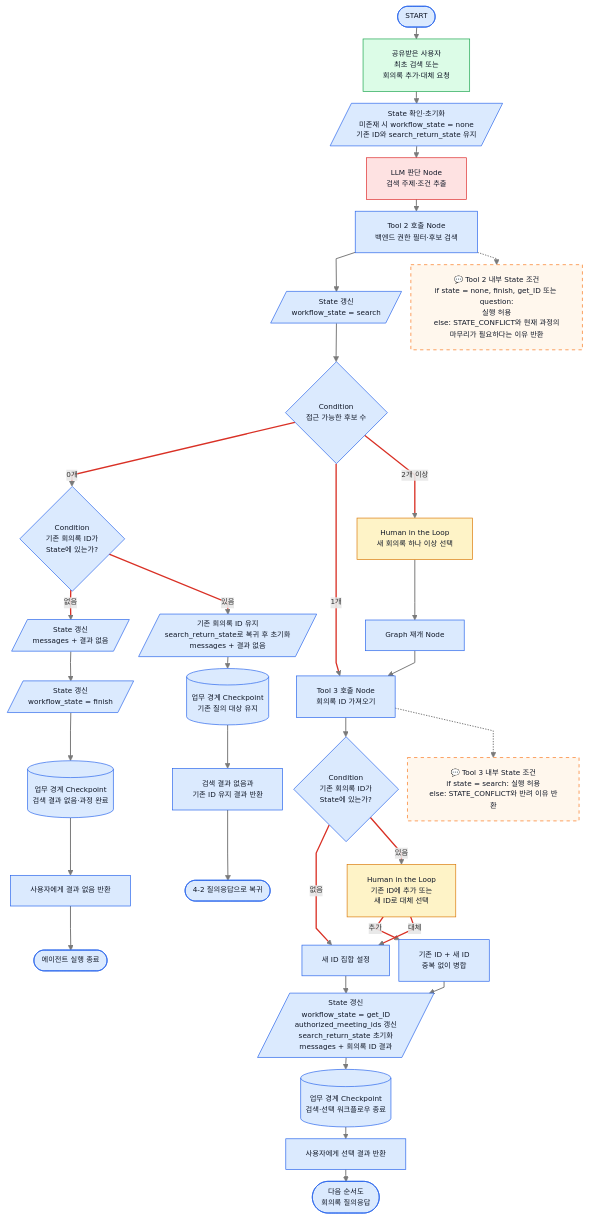
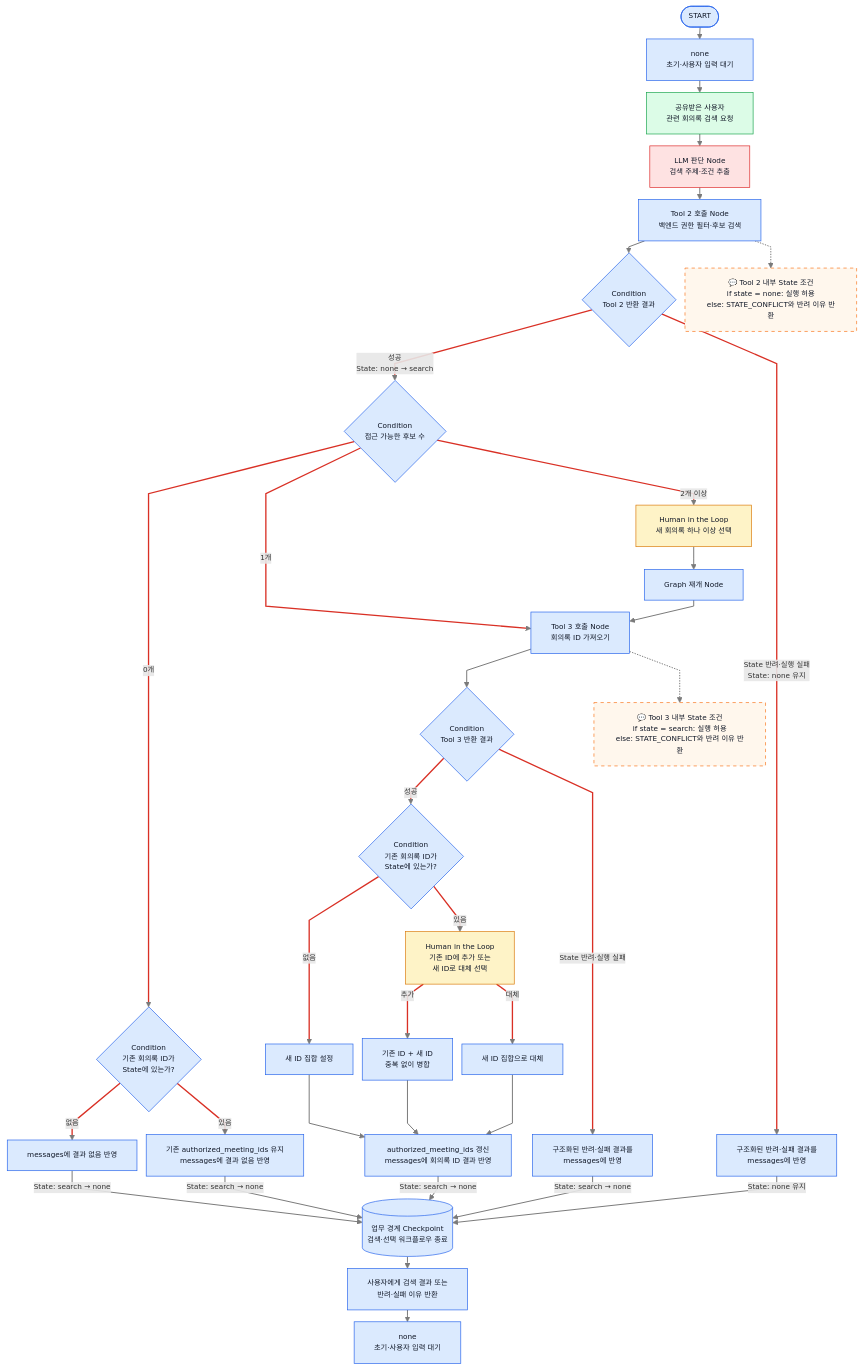
Before and after one commit to ericyum/Obsidian: the tenth of 11 diagrams in ZENAI/에이전트 설계/회의록 에이전트 설계/1. 회의록 에이전트 워크플로우 graph 정의.md, drawn with Mermaid. The commit also changed other lines of this file and 6 other files, not shown here.

````diff
--- a/ZENAI/에이전트 설계/회의록 에이전트 설계/1. 회의록 에이전트 워크플로우 graph 정의.md
+++ b/ZENAI/에이전트 설계/회의록 에이전트 설계/1. 회의록 에이전트 워크플로우 graph 정의.md
@@ -348,48 +444,49 @@
 ```mermaid
 %%{init: {"flowchart": {"useMaxWidth": true, "nodeSpacing": 14, "rankSpacing": 18, "curve": "linear"}, "themeVariables": {"fontSize": "11px"}}}%%
 flowchart TB
-    S(["START"]) --> U["공유받은 사용자<br/>최초 검색 또는<br/>회의록 추가·대체 요청"]
-    U --> IN[/"State 확인·초기화<br/>미존재 시 workflow_state = none<br/>기존 ID와 search_return_state 유지"/]
-    IN --> A["LLM 판단 Node<br/>검색 주제·조건 추출"]
+    S(["START"]) --> W1["none<br/>초기·사용자 입력 대기"]
+    W1 --> U["공유받은 사용자<br/>관련 회의록 검색 요청"]
+    U --> A["LLM 판단 Node<br/>검색 주제·조건 추출"]
     A --> T4["Tool 2 호출 Node<br/>백엔드 권한 필터·후보 검색"]
-    T4 --> SS[/"State 갱신<br/>workflow_state = search"/]
-    SS --> C{"Condition<br/>접근 가능한 후보 수"}
+    T4 --> R4{"Condition<br/>Tool 2 반환 결과"}
+    R4 -->|"성공<br/>State: none → search"| C{"Condition<br/>접근 가능한 후보 수"}
+    R4 -->|"State 반려·실행 실패<br/>State: none 유지"| E4["구조화된 반려·실패 결과를<br/>messages에 반영"]
     C -->|"0개"| EX0{"Condition<br/>기존 회의록 ID가<br/>State에 있는가?"}
     C -->|"1개"| T5["Tool 3 호출 Node<br/>회의록 ID 가져오기"]
     C -->|"2개 이상"| H1["Human in the Loop<br/>새 회의록 하나 이상 선택"]
     H1 --> R1["Graph 재개 Node"]
     R1 --> T5
-    EX0 -->|"없음"| N[/"State 갱신<br/>messages + 결과 없음"/]
-    EX0 -->|"있음"| KEEP[/"기존 회의록 ID 유지<br/>search_return_state로 복귀 후 초기화<br/>messages + 결과 없음"/]
-    T5 --> EX{"Condition<br/>기존 회의록 ID가<br/>State에 있는가?"}
+    EX0 -->|"없음"| N["messages에 결과 없음 반영"]
+    EX0 -->|"있음"| KEEP["기존 authorized_meeting_ids 유지<br/>messages에 결과 없음 반영"]
+    T5 --> R5{"Condition<br/>Tool 3 반환 결과"}
+    R5 -->|"성공"| EX{"Condition<br/>기존 회의록 ID가<br/>State에 있는가?"}
+    R5 -->|"State 반려·실행 실패"| E5["구조화된 반려·실패 결과를<br/>messages에 반영"]
     EX -->|"없음"| SET["새 ID 집합 설정"]
     EX -->|"있음"| H2["Human in the Loop<br/>기존 ID에 추가 또는<br/>새 ID로 대체 선택"]
     H2 -->|"추가"| ADD["기존 ID + 새 ID<br/>중복 없이 병합"]
-    H2 -->|"대체"| SET
-    ADD --> IDs[/"State 갱신<br/>workflow_state = get_ID<br/>authorized_meeting_ids 갱신<br/>search_return_state 초기화<br/>messages + 회의록 ID 결과"/]
+    H2 -->|"대체"| REP["새 ID 집합으로 대체"]
+    ADD --> IDs["authorized_meeting_ids 갱신<br/>messages에 회의록 ID 결과 반영"]
+    REP --> IDs
     SET --> IDs
-    N --> FN[/"State 갱신<br/>workflow_state = finish"/]
-    FN --> CPF[("업무 경계 Checkpoint<br/>검색 결과 없음·과정 완료")]
-    CPF --> OUT0["사용자에게 결과 없음 반환"]
-    OUT0 --> E0(["에이전트 실행 종료"])
-    KEEP --> CPK[("업무 경계 Checkpoint<br/>기존 질의 대상 유지")]
-    CPK --> OUTK["검색 결과 없음과<br/>기존 ID 유지 결과 반환"]
-    OUTK --> EK(["4-2 질의응답으로 복귀"])
-    IDs --> CP[("업무 경계 Checkpoint<br/>검색·선택 워크플로우 종료")]
-    CP --> OUT["사용자에게 선택 결과 반환"]
-    OUT --> E(["다음 순서도<br/>회의록 질의응답"])
-    T4 -.-> N4["💬 Tool 2 내부 State 조건<br/>if state = none, finish, get_ID 또는 question:<br/>실행 허용<br/>else: STATE_CONFLICT와 현재 과정의<br/>마무리가 필요하다는 이유 반환"]
+    N -->|"State: search → none"| CP[("업무 경계 Checkpoint<br/>검색·선택 워크플로우 종료")]
+    KEEP -->|"State: search → none"| CP
+    IDs -->|"State: search → none"| CP
+    E4 -->|"State: none 유지"| CP
+    E5 -->|"State: search → none"| CP
+    CP --> OUT["사용자에게 검색 결과 또는<br/>반려·실패 이유 반환"]
+    OUT --> W2["none<br/>초기·사용자 입력 대기"]
+    T4 -.-> N4["💬 Tool 2 내부 State 조건<br/>if state = none: 실행 허용<br/>else: STATE_CONFLICT와 반려 이유 반환"]
     T5 -.-> N5["💬 Tool 3 내부 State 조건<br/>if state = search: 실행 허용<br/>else: STATE_CONFLICT와 반려 이유 반환"]
     classDef user fill:#dcfce7,stroke:#16a34a,color:#111827;
     classDef hitl fill:#fef3c7,stroke:#d97706,color:#111827;
     classDef internal fill:#dbeafe,stroke:#2563eb,color:#111827;
     classDef llm fill:#fee2e2,stroke:#dc2626,color:#111827;
     classDef note fill:#fff7ed,stroke:#f97316,color:#111827,stroke-dasharray: 5 5;
     class U user;
     class H1,H2 hitl;
     class A llm;
     class N4,N5 note;
-    class S,IN,SS,T4,C,EX0,N,FN,CPF,OUT0,E0,KEEP,CPK,OUTK,EK,T5,R1,EX,SET,ADD,IDs,CP,OUT,E internal;
+    class S,W1,W2,T4,R4,C,E4,EX0,N,KEEP,T5,R1,R5,E5,EX,SET,ADD,REP,IDs,CP,OUT internal;
     linkStyle default stroke:#7a7a7a,stroke-width:1.5px;
-    linkStyle 6,7,8,11,12,14,15,16,17 stroke:#d93025,stroke-width:2px;
+    linkStyle 5,6,7,8,9,12,13,15,16,17,18,19,20 stroke:#d93025,stroke-width:2px;
 ```
````
